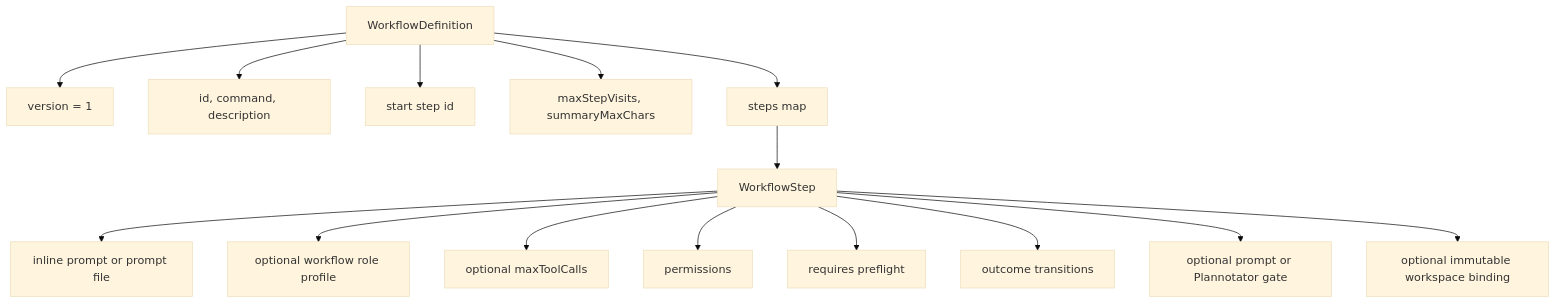
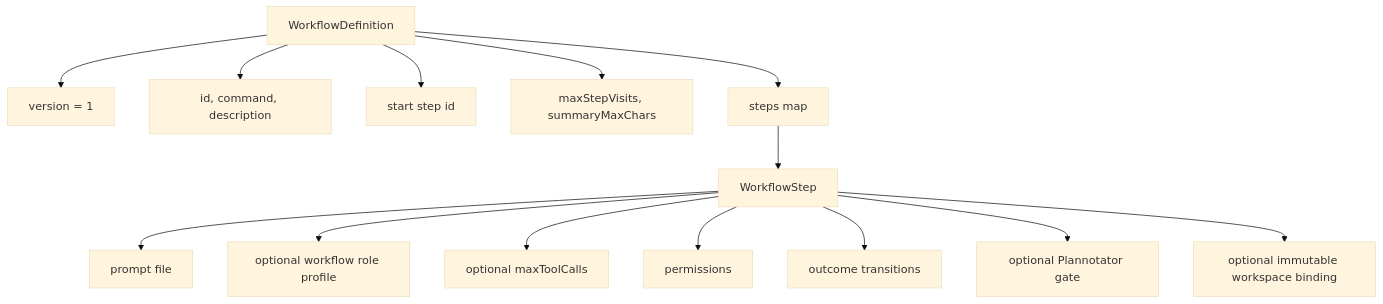
Before and after one commit to wichayutdew/pi-workflows: the first of 7 diagrams in openwiki/authoring/workflow-files.md, drawn with Mermaid (base theme). The commit also changed other lines of this file and 103 other files, not shown here.

````diff
--- a/openwiki/authoring/workflow-files.md
+++ b/openwiki/authoring/workflow-files.md
@@ -5,18 +5,17 @@
 ```mermaid
 flowchart TD
   Workflow[WorkflowDefinition] --> Version[version = 1]
   Workflow --> Identity[id, command, description]
   Workflow --> Start[start step id]
   Workflow --> Limits[maxStepVisits, summaryMaxChars]
   Workflow --> Steps[steps map]
 
   Steps --> Step[WorkflowStep]
-  Step --> Prompt[inline prompt or prompt file]
+  Step --> Prompt[prompt file]
   Step --> Agent[optional workflow role profile]
   Step --> Budget[optional maxToolCalls]
   Step --> Permissions[permissions]
-  Step --> Requires[requires preflight]
   Step --> Transitions[outcome transitions]
-  Step --> Gate[optional prompt or Plannotator gate]
+  Step --> Gate[optional Plannotator gate]
   Step --> Workspace[optional immutable workspace binding]
 ```
````
